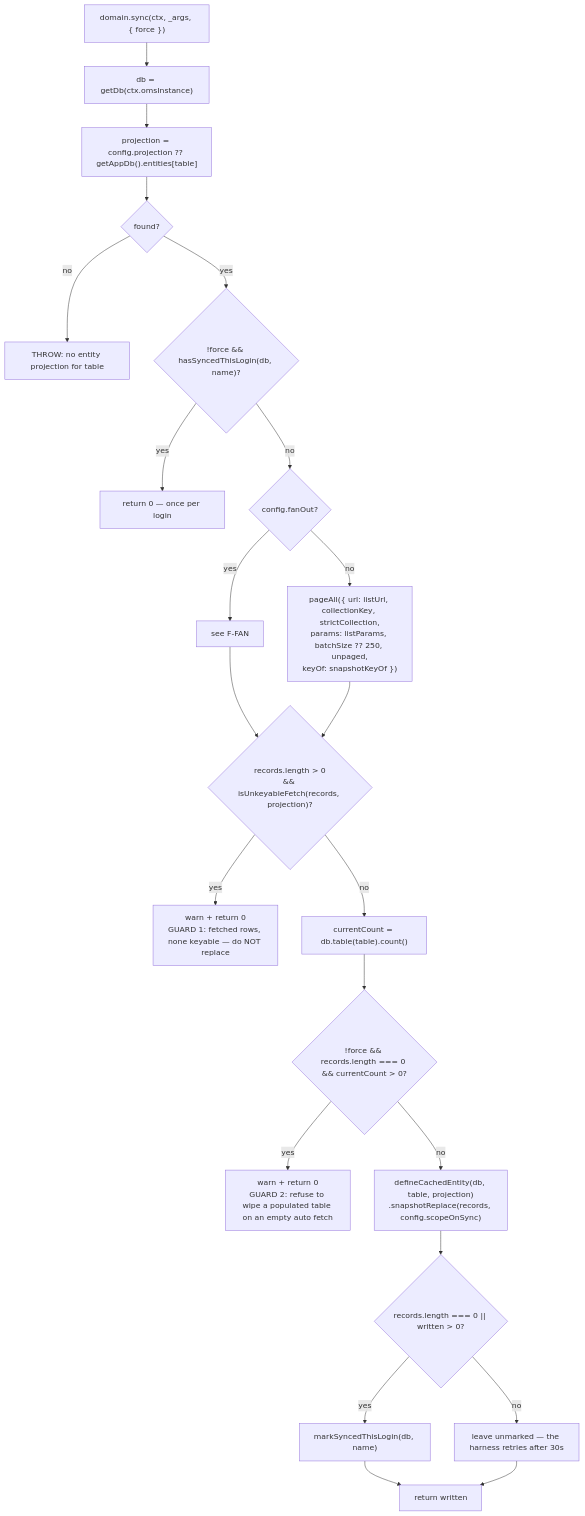
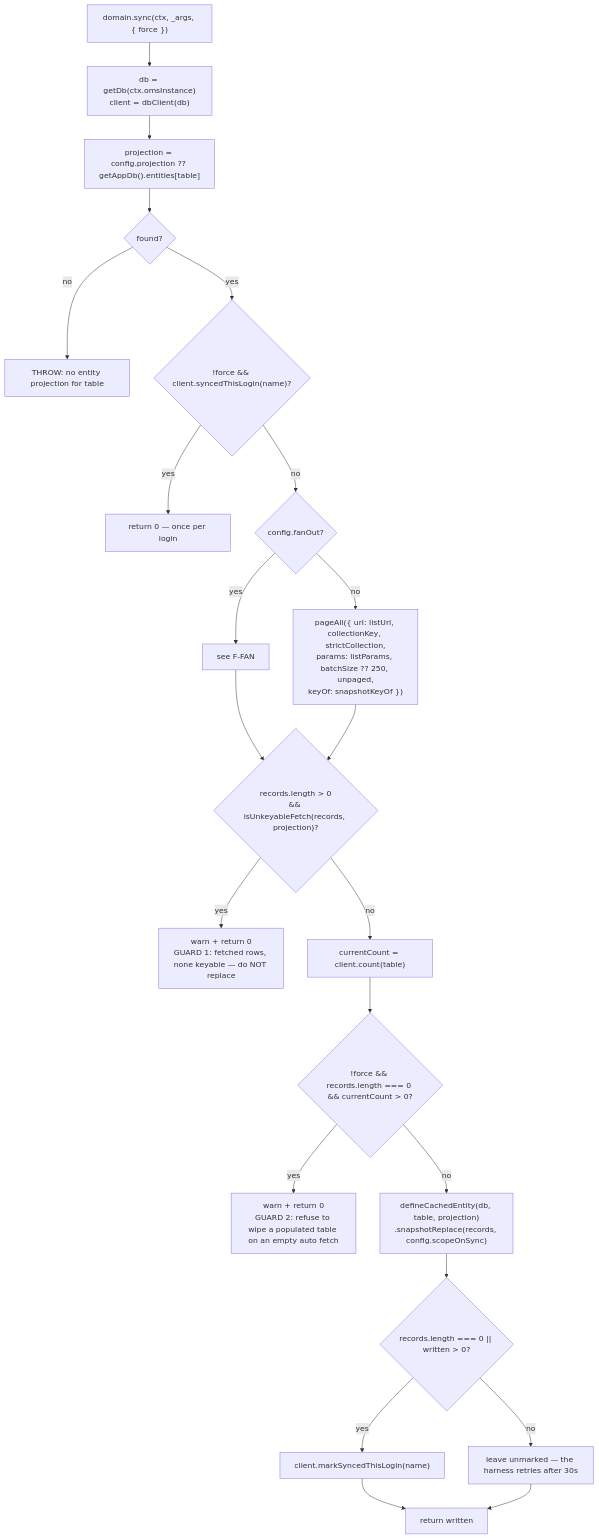
Diagram 14 of 31 in docs/APP_DB_SYNC_FLOWS.md (hotwax/accxui), drawn with Mermaid before and after one commit. The commit also changed other lines of this file and 31 other files, not shown here.

Commit message:
Improved: Made dbClient the single access layer to the app database, with schema-level table names and a build-time data-access lint gate.

````diff
--- a/docs/APP_DB_SYNC_FLOWS.md
+++ b/docs/APP_DB_SYNC_FLOWS.md
@@ -500,24 +501,24 @@
 ```mermaid
 flowchart TD
-    S["domain.sync(ctx, _args, { force })"] --> DB["db = getDb(ctx.omsInstance)"]
+    S["domain.sync(ctx, _args, { force })"] --> DB["db = getDb(ctx.omsInstance)<br/>client = dbClient(db)"]
     DB --> PJ["projection = config.projection ?? getAppDb().entities[table]"]
     PJ --> PJQ{"found?"}
     PJQ -- no --> XP["THROW: no entity projection for table"]
-    PJQ -- yes --> GUARD{"!force && hasSyncedThisLogin(db, name)?"}
+    PJQ -- yes --> GUARD{"!force && client.syncedThisLogin(name)?"}
     GUARD -- yes --> Z0["return 0 — once per login"]
     GUARD -- no --> FO{"config.fanOut?"}
     FO -- yes --> FAN["see F-FAN"]
     FO -- no --> PA["pageAll({ url: listUrl, collectionKey, strictCollection,<br/>params: listParams, batchSize ?? 250, unpaged,<br/>keyOf: snapshotKeyOf })"]
     FAN --> UK
     PA --> UK{"records.length > 0<br/>&& isUnkeyableFetch(records, projection)?"}
     UK -- yes --> W1["warn + return 0<br/>GUARD 1: fetched rows, none keyable — do NOT replace"]
-    UK -- no --> CNT["currentCount = db.table(table).count()"]
+    UK -- no --> CNT["currentCount = client.count(table)"]
     CNT --> EMPT{"!force && records.length === 0 && currentCount > 0?"}
     EMPT -- yes --> W2["warn + return 0<br/>GUARD 2: refuse to wipe a populated table on an empty auto fetch"]
     EMPT -- no --> REPL["defineCachedEntity(db, table, projection)<br/>.snapshotReplace(records, config.scopeOnSync)"]
     REPL --> MARK{"records.length === 0 || written > 0?"}
-    MARK -- yes --> M1["markSyncedThisLogin(db, name)"]
+    MARK -- yes --> M1["client.markSyncedThisLogin(name)"]
     MARK -- no --> M2["leave unmarked — the harness retries after 30s"]
     M1 --> R["return written"]
     M2 --> R
 ```
````
